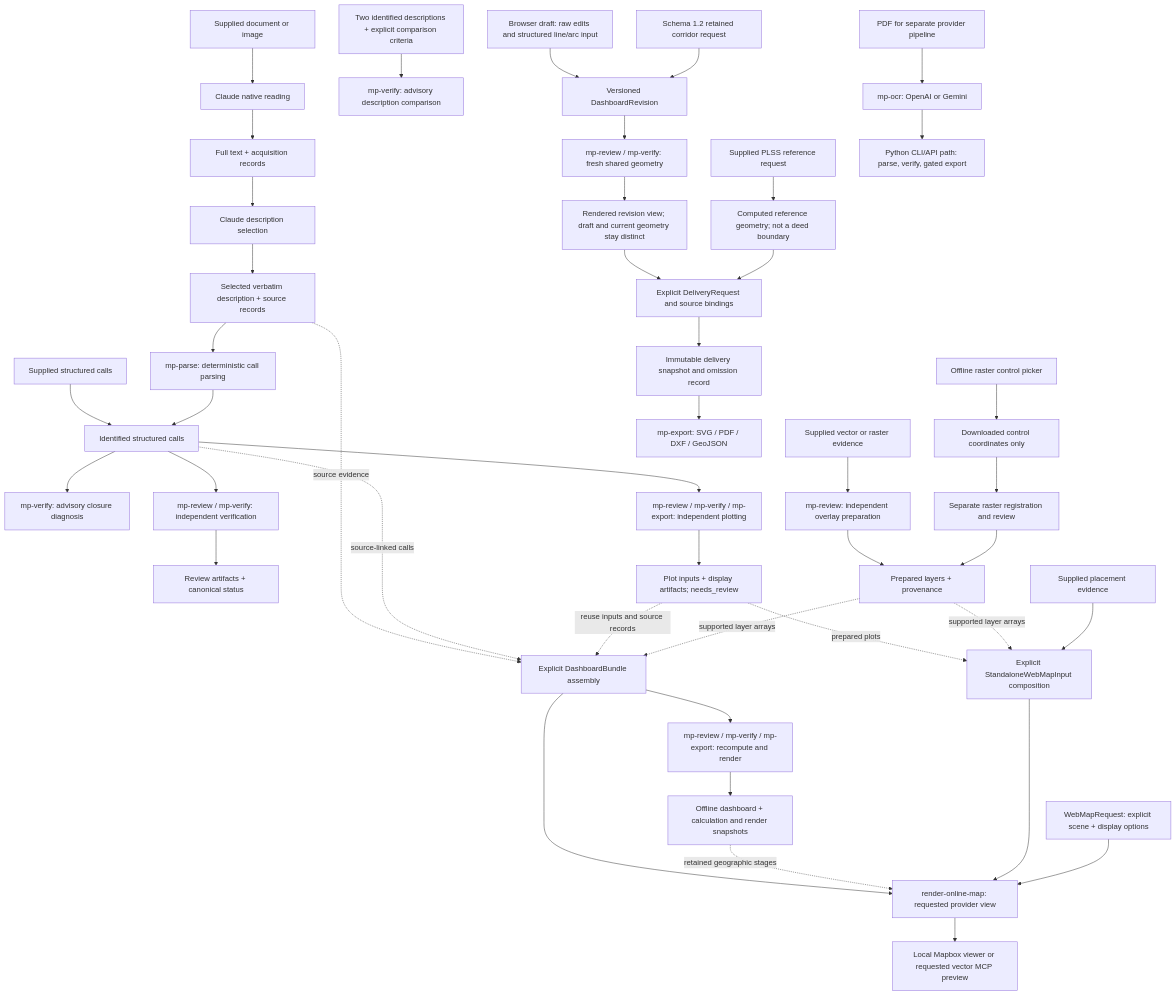
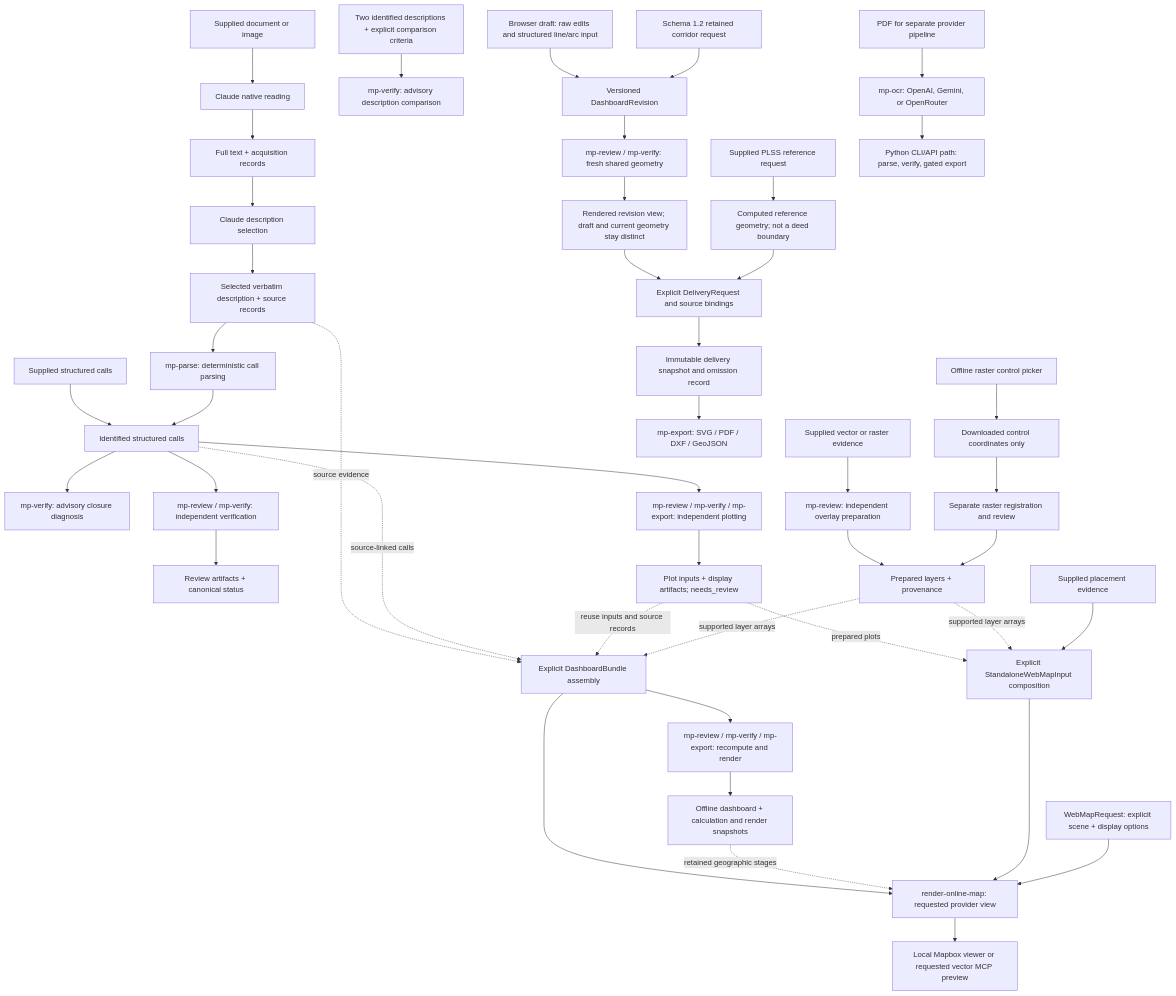
Before and after one commit to domfahey/metesParser: the third of 6 diagrams in docs/ARCHITECTURE.md, drawn with Mermaid. The commit also changed other lines of this file and 19 other files, not shown here.

Commit message:
fix(ocr): harden OpenRouter error handling, retries, env overrides, cache key, and docs

````diff
--- a/docs/ARCHITECTURE.md
+++ b/docs/ARCHITECTURE.md
@@ -244,46 +244,46 @@
 ```mermaid
 flowchart TD
     document[Supplied document or image] --> native[Claude native reading]
     native --> text[Full text + acquisition records]
     text --> selection[Claude description selection]
     selection --> selected[Selected verbatim description + source records]
     selected --> parse[mp-parse: deterministic call parsing]
     supplied[Supplied structured calls] --> calls[Identified structured calls]
     parse --> calls
     calls --> diagnosis[mp-verify: advisory closure diagnosis]
     versions[Two identified descriptions + explicit comparison criteria] --> comparison[mp-verify: advisory description comparison]
     calls --> verify[mp-review / mp-verify: independent verification]
     verify --> checked[Review artifacts + canonical status]
     calls --> plot[mp-review / mp-verify / mp-export: independent plotting]
     plot --> plotted[Plot inputs + display artifacts; needs_review]
     maps[Supplied vector or raster evidence] --> overlay[mp-review: independent overlay preparation]
     overlay --> prepared[Prepared layers + provenance]
     selected -. source evidence .-> assembly[Explicit DashboardBundle assembly]
     calls -. source-linked calls .-> assembly
     plotted -. reuse inputs and source records .-> assembly
     prepared -. supported layer arrays .-> assembly
     assembly --> dashboard[mp-review / mp-verify / mp-export: recompute and render]
     dashboard --> output[Offline dashboard + calculation and render snapshots]
     assembly --> online[render-online-map: requested provider view]
     output -. retained geographic stages .-> online
     plotted -. prepared plots .-> standalone[Explicit StandaloneWebMapInput composition]
     prepared -. supported layer arrays .-> standalone
     placement[Supplied placement evidence] --> standalone
     standalone --> online
     config[WebMapRequest: explicit scene + display options] --> online
     online --> viewer[Local Mapbox viewer or requested vector MCP preview]
     draft[Browser draft: raw edits and structured line/arc input] --> revision[Versioned DashboardRevision]
     revision --> revision_engine[mp-review / mp-verify: fresh shared geometry]
     revision_engine --> revision_view[Rendered revision view; draft and current geometry stay distinct]
     corridor[Schema 1.2 retained corridor request] --> revision
     plss[Supplied PLSS reference request] --> reference[Computed reference geometry; not a deed boundary]
     revision_view --> delivery[Explicit DeliveryRequest and source bindings]
     reference --> delivery
     delivery --> snapshot[Immutable delivery snapshot and omission record]
     snapshot --> export[mp-export: SVG / PDF / DXF / GeoJSON]
     picker[Offline raster control picker] --> controls[Downloaded control coordinates only]
     controls --> register[Separate raster registration and review]
     register --> prepared
-    pdf[PDF for separate provider pipeline] --> ocr[mp-ocr: OpenAI or Gemini]
+    pdf[PDF for separate provider pipeline] --> ocr[mp-ocr: OpenAI, Gemini, or OpenRouter]
     ocr --> legacy[Python CLI/API path: parse, verify, gated export]
 ```
````
